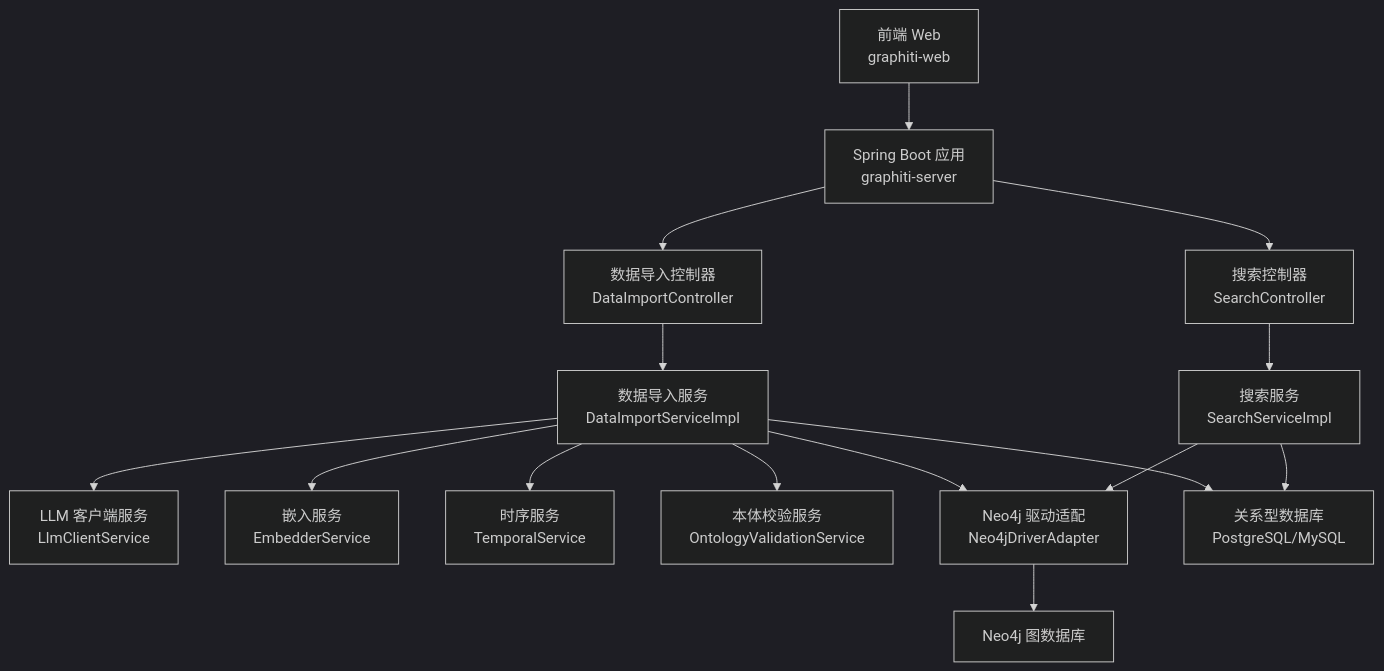
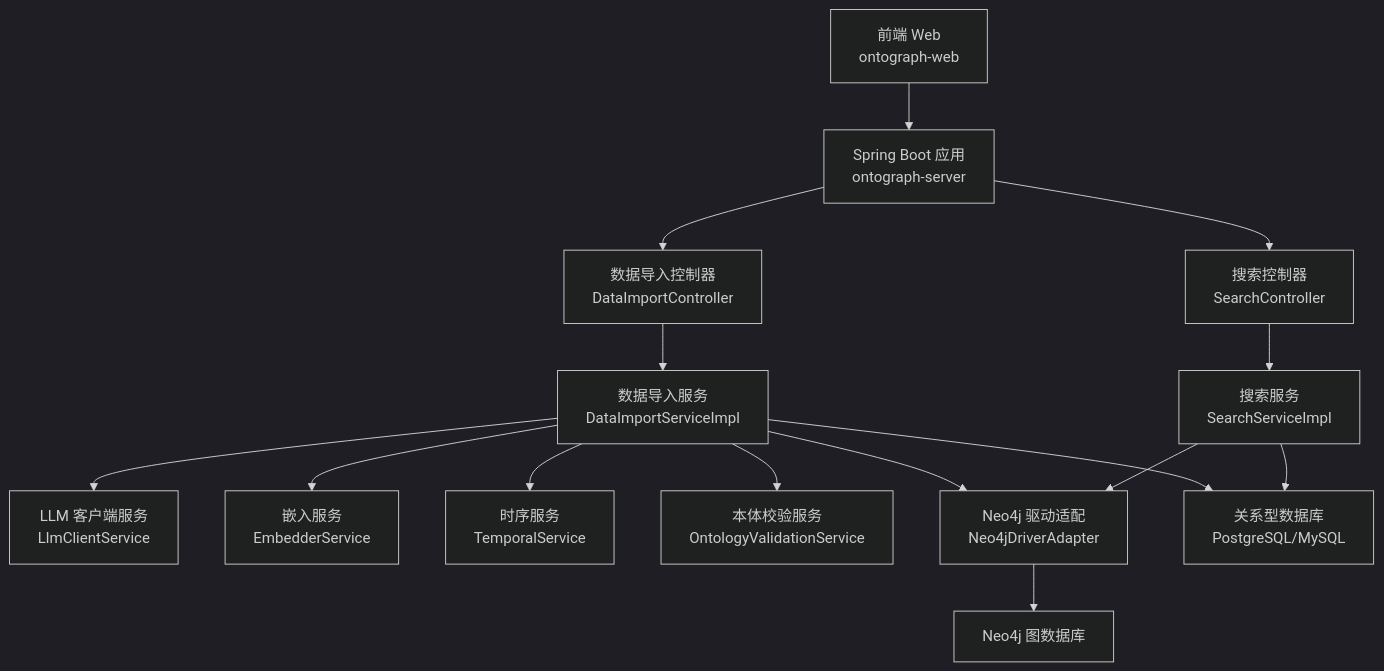
Before and after one commit to joezxh/graphiti-java: the first of 6 diagrams in docs/manual/架构设计/数据流设计/数据流设计.md, drawn with Mermaid (dark theme). The commit also changed other lines of this file and 200 other files, not shown here.

````diff
--- a/docs/manual/架构设计/数据流设计/数据流设计.md
+++ b/docs/manual/架构设计/数据流设计/数据流设计.md
@@ -41,17 +41,17 @@
 ```mermaid
 graph TB
-FE["前端 Web<br/>graphiti-web"] --> API["Spring Boot 应用<br/>graphiti-server"]
+FE["前端 Web<br/>ontograph-web"] --> API["Spring Boot 应用<br/>ontograph-server"]
 API --> CTRL1["数据导入控制器<br/>DataImportController"]
 API --> CTRL2["搜索控制器<br/>SearchController"]
 CTRL1 --> SVC1["数据导入服务<br/>DataImportServiceImpl"]
 CTRL2 --> SVC2["搜索服务<br/>SearchServiceImpl"]
 SVC1 --> LLM["LLM 客户端服务<br/>LlmClientService"]
 SVC1 --> EMB["嵌入服务<br/>EmbedderService"]
 SVC1 --> TMP["时序服务<br/>TemporalService"]
 SVC1 --> ONTO["本体校验服务<br/>OntologyValidationService"]
 SVC1 --> DRV["Neo4j 驱动适配<br/>Neo4jDriverAdapter"]
 SVC2 --> DRV
 DRV --> NEO4J["Neo4j 图数据库"]
 SVC1 --> MYSQL["关系型数据库<br/>PostgreSQL/MySQL"]
 SVC2 --> MYSQL
 ```
````
